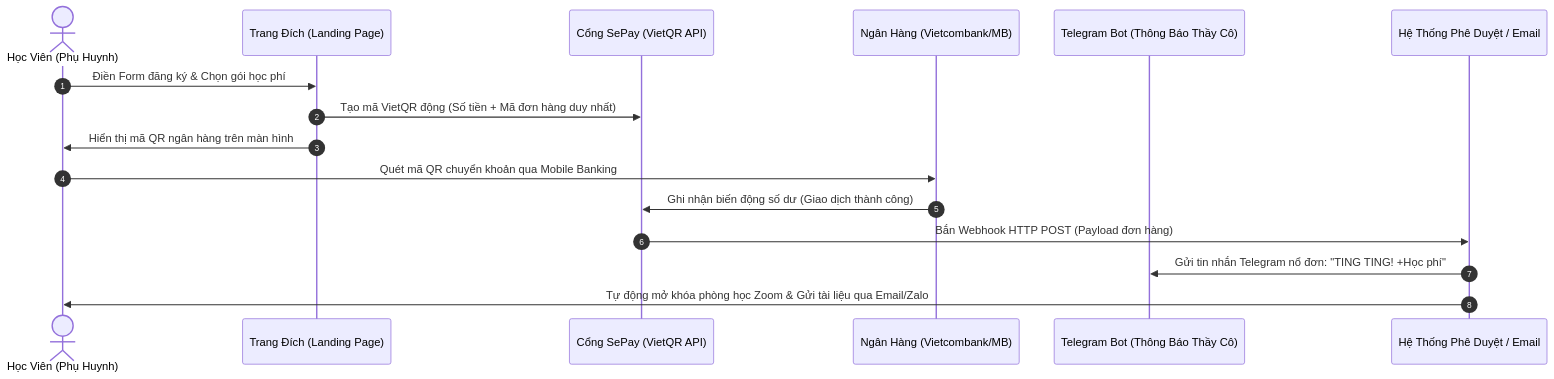
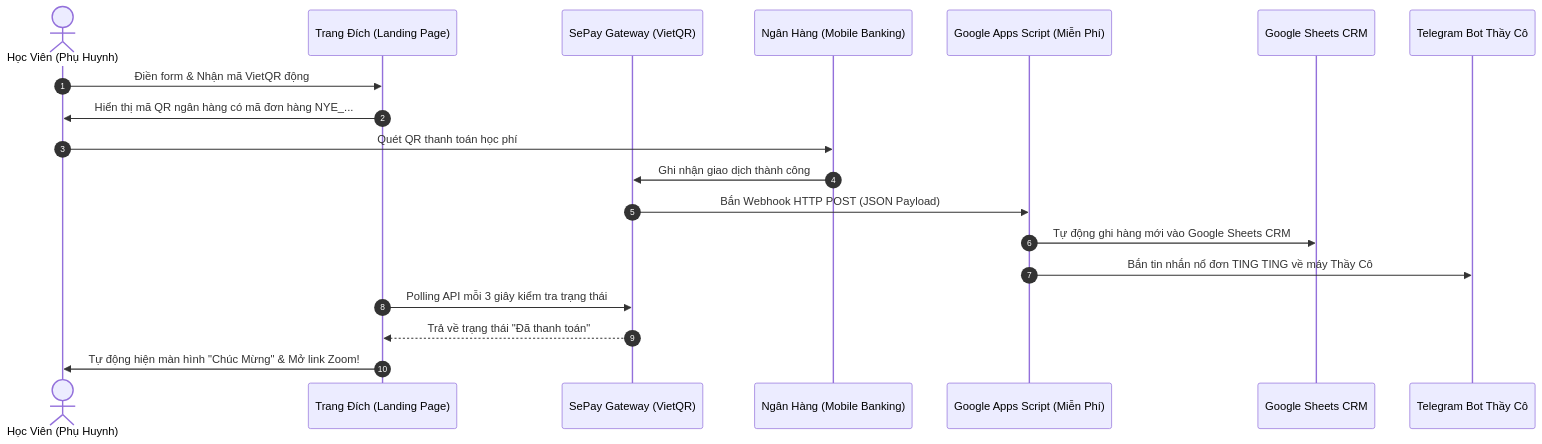
One commit to cmubeta2/new-you-english changed the diagram in GiaoTrinh_ThayTam/03_HOC_PHAN_3_PHEU_TUYEN_SINH_VA_TU_DONG_HOA.md. Above: the diagram before and after it, drawn with Mermaid. The commit also changed other lines of this file and 3 other files, not shown here.

Commit message:
feat: v1.7.6 Hoan thien chi tiet toan van Qua #09 Lead Magnet Kit va ma nguon tu dong hoa SePay Telegram

````diff
--- a/GiaoTrinh_ThayTam/03_HOC_PHAN_3_PHEU_TUYEN_SINH_VA_TU_DONG_HOA.md
+++ b/GiaoTrinh_ThayTam/03_HOC_PHAN_3_PHEU_TUYEN_SINH_VA_TU_DONG_HOA.md
@@ -85,19 +85,22 @@
 ```mermaid
 sequenceDiagram
     autonumber
     actor Learner as Học Viên (Phụ Huynh)
-    participant Landing as Trang Đích (Landing Page)
-    participant SePay as Cổng SePay (VietQR API)
-    participant Bank as Ngân Hàng (Vietcombank/MB)
-    participant Bot as Telegram Bot (Thông Báo Thầy Cô)
-    participant System as Hệ Thống Phê Duyệt / Email
+    participant Web as Trang Đích (Landing Page)
+    participant SePay as SePay Gateway (VietQR)
+    participant Bank as Ngân Hàng (Mobile Banking)
+    participant GAS as Google Apps Script (Miễn Phí)
+    participant Sheets as Google Sheets CRM
+    participant Telegram as Telegram Bot Thầy Cô
 
-    Learner->>Landing: Điền Form đăng ký & Chọn gói học phí
-    Landing->>SePay: Tạo mã VietQR động (Số tiền + Mã đơn hàng duy nhất)
-    Landing->>Learner: Hiển thị mã QR ngân hàng trên màn hình
-    Learner->>Bank: Quét mã QR chuyển khoản qua Mobile Banking
-    Bank->>SePay: Ghi nhận biến động số dư (Giao dịch thành công)
-    SePay->>System: Bắn Webhook HTTP POST (Payload đơn hàng)
-    System->>Bot: Gửi tin nhắn Telegram nổ đơn: "TING TING! +Học phí"
-    System->>Learner: Tự động mở khóa phòng học Zoom & Gửi tài liệu qua Email/Zalo
+    Learner->>Web: Điền form & Nhận mã VietQR động
+    Web->>Learner: Hiển thị mã QR ngân hàng có mã đơn hàng NYE_...
+    Learner->>Bank: Quét QR thanh toán học phí
+    Bank->>SePay: Ghi nhận giao dịch thành công
+    SePay->>GAS: Bắn Webhook HTTP POST (JSON Payload)
+    GAS->>Sheets: Tự động ghi hàng mới vào Google Sheets CRM
+    GAS->>Telegram: Bắn tin nhắn nổ đơn TING TING về máy Thầy Cô
+    Web->>SePay: Polling API mỗi 3 giây kiểm tra trạng thái
+    SePay-->>Web: Trả về trạng thái "Đã thanh toán"
+    Web->>Learner: Tự động hiện màn hình "Chúc Mừng" & Mở link Zoom!
 ```
````
